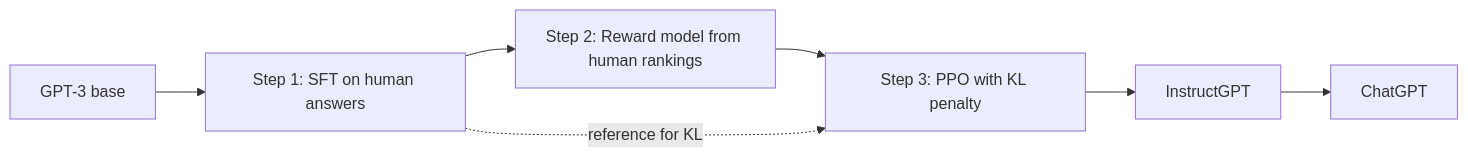
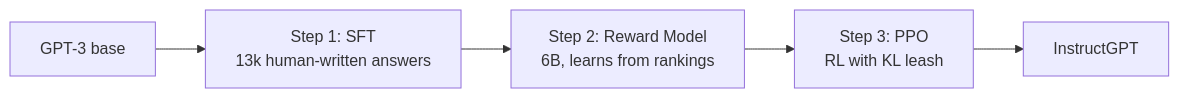
Before and after one commit to kaisarnajar/outcome-school-blogs: the first of 3 diagrams in notes/step-07-training-fine-tuning-and-alignment/089-decoding-instructgpt.md, drawn with Mermaid. The commit also changed other lines of this file and 233 other files, not shown here.

````diff
--- a/notes/step-07-training-fine-tuning-and-alignment/089-decoding-instructgpt.md
+++ b/notes/step-07-training-fine-tuning-and-alignment/089-decoding-instructgpt.md
@@ -48,9 +71,7 @@
 ```mermaid
 flowchart LR
-    G["GPT-3 base"] --> S1["Step 1: SFT on human answers"]
-    S1 --> S2["Step 2: Reward model from human rankings"]
-    S2 --> S3["Step 3: PPO with KL penalty"]
-    S1 -.->|"reference for KL"| S3
-    S3 --> I["InstructGPT"]
-    I --> C["ChatGPT"]
+    g3["GPT-3 base"] --> s1["Step 1: SFT<br/>13k human-written answers"]
+    s1 --> s2["Step 2: Reward Model<br/>6B, learns from rankings"]
+    s2 --> s3["Step 3: PPO<br/>RL with KL leash"]
+    s3 --> ins["InstructGPT"]
 ```
````
